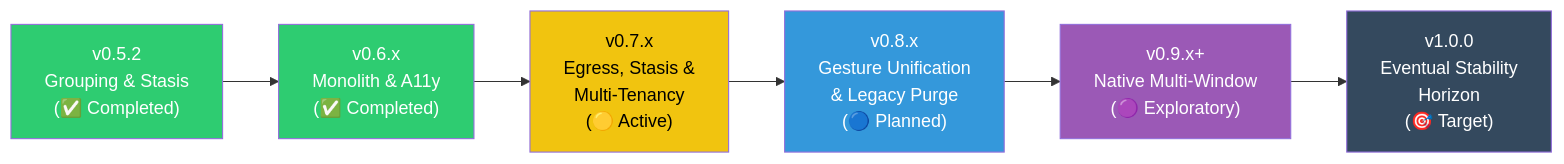
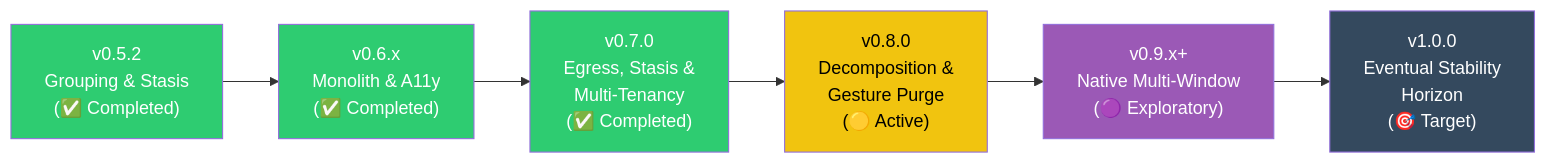
Before and after one commit to pccria/flutter_notification_queue: the diagram in doc/roadmap.md, drawn with Mermaid. The commit also changed other lines of this file and 3 other files, not shown here.

Commit message:
docs: finalize v0.7.0 changelog, update migration guide, and formalize v0.8.0 roadmap

````diff
--- a/doc/roadmap.md
+++ b/doc/roadmap.md
@@ -36,22 +37,22 @@
 ```mermaid
 graph LR
     A["v0.5.2<br/>Grouping & Stasis<br/>(✅ Completed)"]
     B["v0.6.x<br/>Monolith & A11y<br/>(✅ Completed)"]
-    C["v0.7.x<br/>Egress, Stasis &<br/>Multi-Tenancy<br/>(🟡 Active)"]
-    D["v0.8.x<br/>Gesture Unification<br/>& Legacy Purge<br/>(🔵 Planned)"]
+    C["v0.7.0<br/>Egress, Stasis &<br/>Multi-Tenancy<br/>(✅ Completed)"]
+    D["v0.8.0<br/>Decomposition &<br/>Gesture Purge<br/>(🟡 Active)"]
     E["v0.9.x+<br/>Native Multi-Window<br/>(🟣 Exploratory)"]
     F["v1.0.0<br/>Eventual Stability<br/>Horizon<br/>(🎯 Target)"]
 
     A --> B
     B --> C
     C --> D
     D --> E
     E --> F
 
     style A fill:#2ecc71,color:#fff
     style B fill:#2ecc71,color:#fff
-    style C fill:#f1c40f,color:#000
-    style D fill:#3498db,color:#fff
+    style C fill:#2ecc71,color:#fff
+    style D fill:#f1c40f,color:#000
     style E fill:#9b59b6,color:#fff
     style F fill:#34495e,color:#fff
 ```
````
